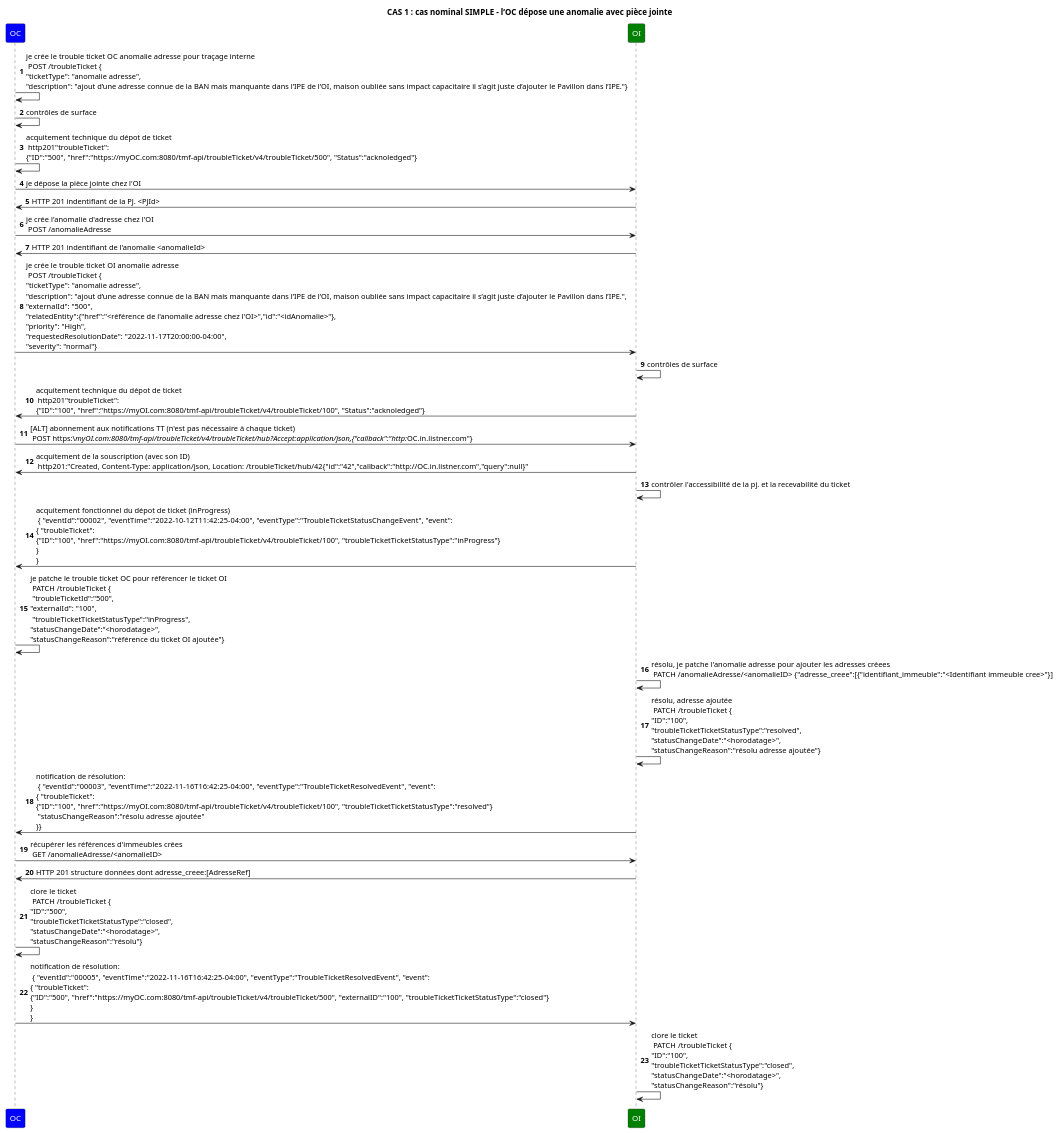
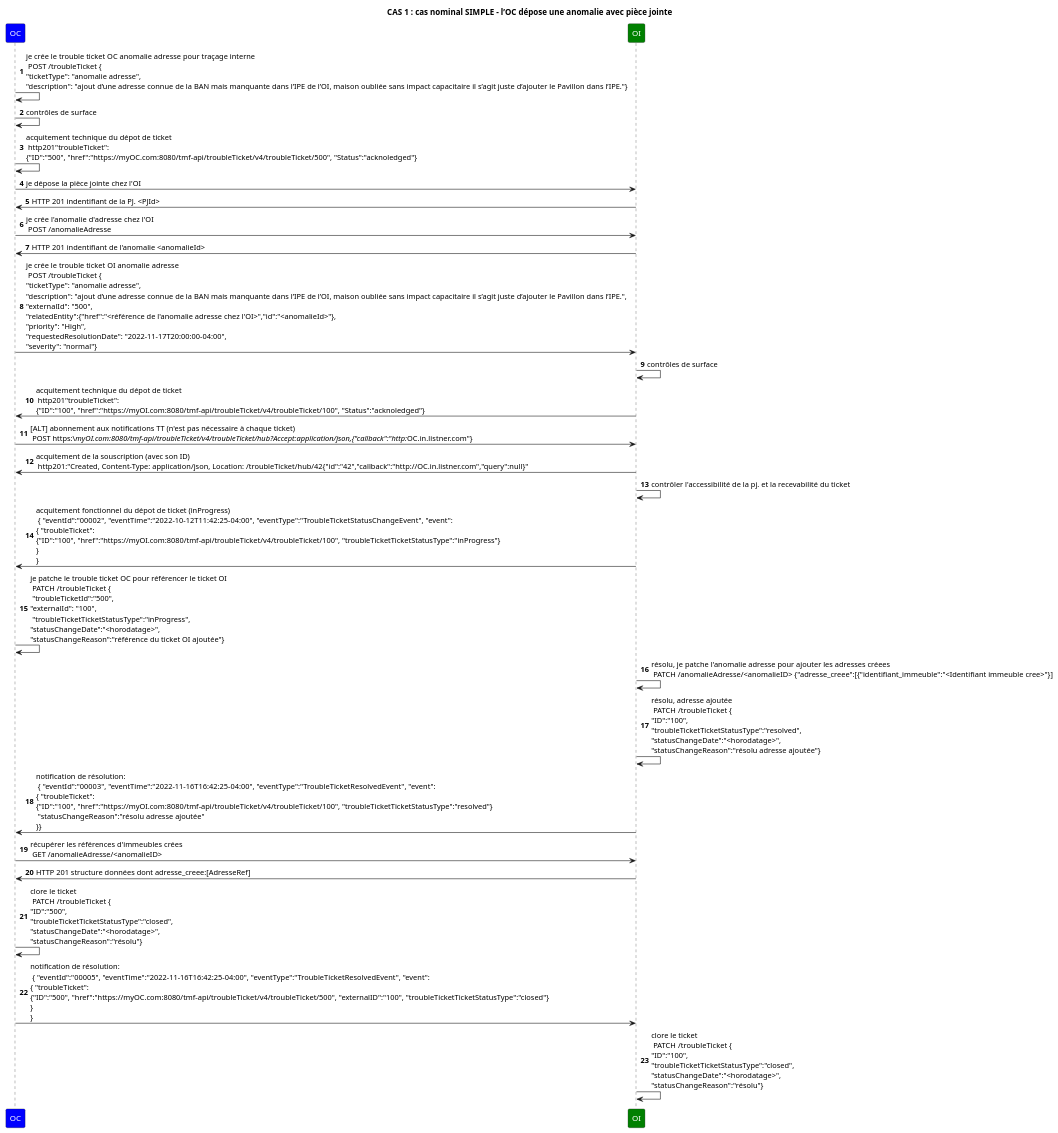
The diagram in UC1_nominal.puml (before-interop/anomalieAdresse), drawn with PlantUML before and after one commit.

Commit message:
correction anomalieId

```diff
--- a/UC1_nominal.puml
+++ b/UC1_nominal.puml
@@ -1,58 +1,58 @@
 @startuml
 
 skinparam ParticipantFontColor automatic
 
 title: CAS 1 : cas nominal SIMPLE - l’OC dépose une anomalie avec pièce jointe 
 
 autonumber
 
 participant OC #Blue
 participant OI #Green
 
 
 OC->OC: je crée le trouble ticket OC anomalie adresse pour traçage interne \n POST /troubleTicket {\n"ticketType": "anomalie adresse",\n"description": "ajout d’une adresse connue de la BAN mais manquante dans l’IPE de l’OI, maison oubliée sans impact capacitaire il s’agit juste d’ajouter le Pavillon dans l’IPE."}
 OC->OC: contrôles de surface
 OC->OC: acquitement technique du dépot de ticket \n http201"troubleTicket": \n{"ID":"500", "href":"https://myOC.com:8080/tmf-api/troubleTicket/v4/troubleTicket/500", "Status":"acknoledged"}
 
 OC->OI: je dépose la pièce jointe chez l'OI
 OI->OC: HTTP 201 indentifiant de la PJ. <PJId>
 OC->OI: je crée l'anomalie d'adresse chez l'OI \n POST /anomalieAdresse
 OI->OC: HTTP 201 indentifiant de l'anomalie <anomalieId>
 
 
-OC->OI: je crée le trouble ticket OI anomalie adresse \n POST /troubleTicket {\n"ticketType": "anomalie adresse",\n"description": "ajout d’une adresse connue de la BAN mais manquante dans l’IPE de l’OI, maison oubliée sans impact capacitaire il s’agit juste d’ajouter le Pavillon dans l’IPE.",\n"externalId": "500",\n"relatedEntity":{"href":"<référence de l'anomalie adresse chez l'OI>","id":"<idAnomalie>"},\n"priority": "High",\n"requestedResolutionDate": "2022-11-17T20:00:00-04:00",\n"severity": "normal"}
+OC->OI: je crée le trouble ticket OI anomalie adresse \n POST /troubleTicket {\n"ticketType": "anomalie adresse",\n"description": "ajout d’une adresse connue de la BAN mais manquante dans l’IPE de l’OI, maison oubliée sans impact capacitaire il s’agit juste d’ajouter le Pavillon dans l’IPE.",\n"externalId": "500",\n"relatedEntity":{"href":"<référence de l'anomalie adresse chez l'OI>","id":"<anomalieId>"},\n"priority": "High",\n"requestedResolutionDate": "2022-11-17T20:00:00-04:00",\n"severity": "normal"}
 
 OI->OI: contrôles de surface
 
 OI->OC: acquitement technique du dépot de ticket \n http201"troubleTicket": \n{"ID":"100", "href":"https://myOI.com:8080/tmf-api/troubleTicket/v4/troubleTicket/100", "Status":"acknoledged"}
 
 
 OC->OI: [ALT] abonnement aux notifications TT (n'est pas nécessaire à chaque ticket) \n POST https:\//myOI.com:8080/tmf-api/troubleTicket/v4/troubleTicket/hub?Accept:application/json,{"callback":"http://OC.in.listner.com"}
 
 OI->OC: acquitement de la souscription (avec son ID) \n http201:"Created, Content-Type: application/json, Location: /troubleTicket/hub/42{"id":"42","callback":"http://OC.in.listner.com","query":null}"
 
 
 OI->OI: contrôler l'accessibilité de la pj. et la recevabilité du ticket
 
 OI->OC: acquitement fonctionnel du dépot de ticket (inProgress) \n { "eventId":"00002", "eventTime":"2022-10-12T11:42:25-04:00", "eventType":"TroubleTicketStatusChangeEvent", "event": \n{ "troubleTicket": \n{"ID":"100", "href":"https://myOI.com:8080/tmf-api/troubleTicket/v4/troubleTicket/100", "troubleTicketTicketStatusType":"inProgress"}\n} \n}
 
 OC->OC: je patche le trouble ticket OC pour référencer le ticket OI \n PATCH /troubleTicket {\n "troubleTicketId":"500",\n"externalId": "100",\n "troubleTicketTicketStatusType":"inProgress",\n"statusChangeDate":"<horodatage>",\n"statusChangeReason":"référence du ticket OI ajoutée"}
 
 OI->OI:résolu, je patche l'anomalie adresse pour ajouter les adresses créees \n PATCH /anomalieAdresse/<anomalieID> {"adresse_creee":[{"identifiant_immeuble":"<Identifiant immeuble cree>"}]
 OI->OI: résolu, adresse ajoutée \n PATCH /troubleTicket {\n"ID":"100",\n"troubleTicketTicketStatusType":"resolved",\n"statusChangeDate":"<horodatage>",\n"statusChangeReason":"résolu adresse ajoutée"}
 
 OI->OC: notification de résolution: \n { "eventId":"00003", "eventTime":"2022-11-16T16:42:25-04:00", "eventType":"TroubleTicketResolvedEvent", "event": \n{ "troubleTicket": \n{"ID":"100", "href":"https://myOI.com:8080/tmf-api/troubleTicket/v4/troubleTicket/100", "troubleTicketTicketStatusType":"resolved"}\n "statusChangeReason":"résolu adresse ajoutée"\n}}
 
 OC->OI: récupérer les références d'immeubles crées \n GET /anomalieAdresse/<anomalieID>
 OI->OC: HTTP 201 structure données dont adresse_creee:[AdresseRef]
 
 OC->OC: clore le ticket \n PATCH /troubleTicket {\n"ID":"500",\n"troubleTicketTicketStatusType":"closed",\n"statusChangeDate":"<horodatage>",\n"statusChangeReason":"résolu"}
 
 OC->OI: notification de résolution: \n { "eventId":"00005", "eventTime":"2022-11-16T16:42:25-04:00", "eventType":"TroubleTicketResolvedEvent", "event": \n{ "troubleTicket": \n{"ID":"500", "href":"https://myOC.com:8080/tmf-api/troubleTicket/v4/troubleTicket/500", "externalID":"100", "troubleTicketTicketStatusType":"closed"}\n} \n}
 
 
 
 OI->OI: clore le ticket \n PATCH /troubleTicket {\n"ID":"100",\n"troubleTicketTicketStatusType":"closed",\n"statusChangeDate":"<horodatage>",\n"statusChangeReason":"résolu"}
 
 
 @enduml
```
